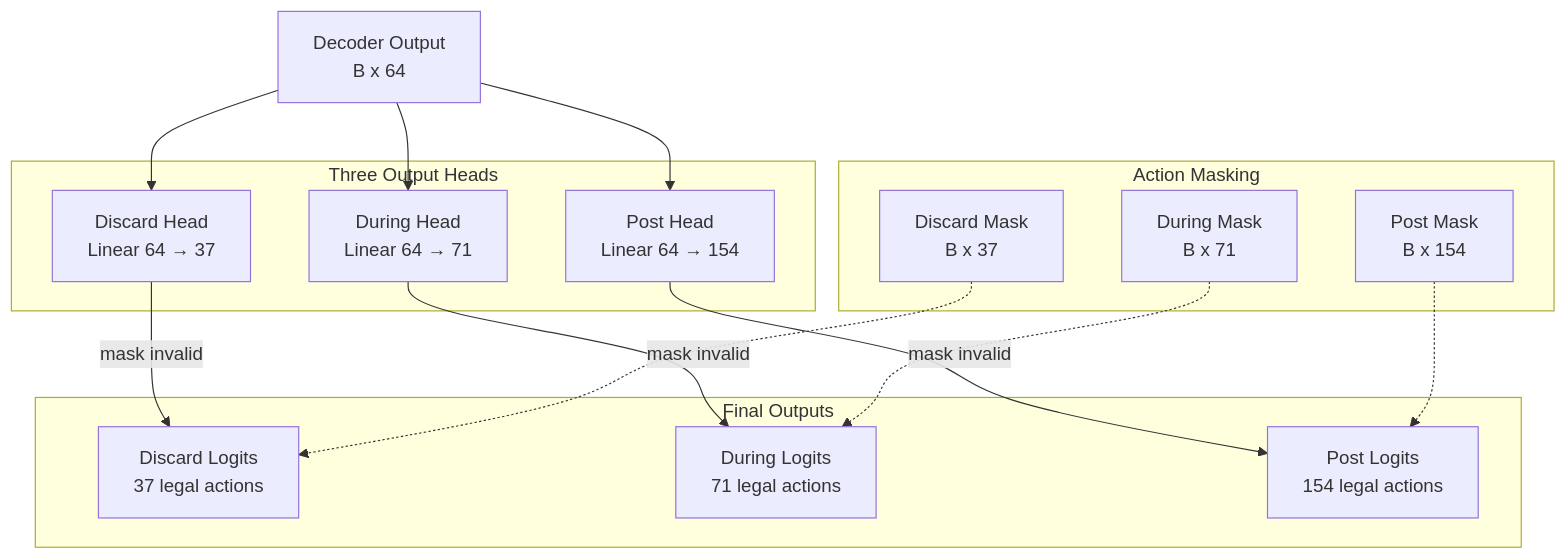
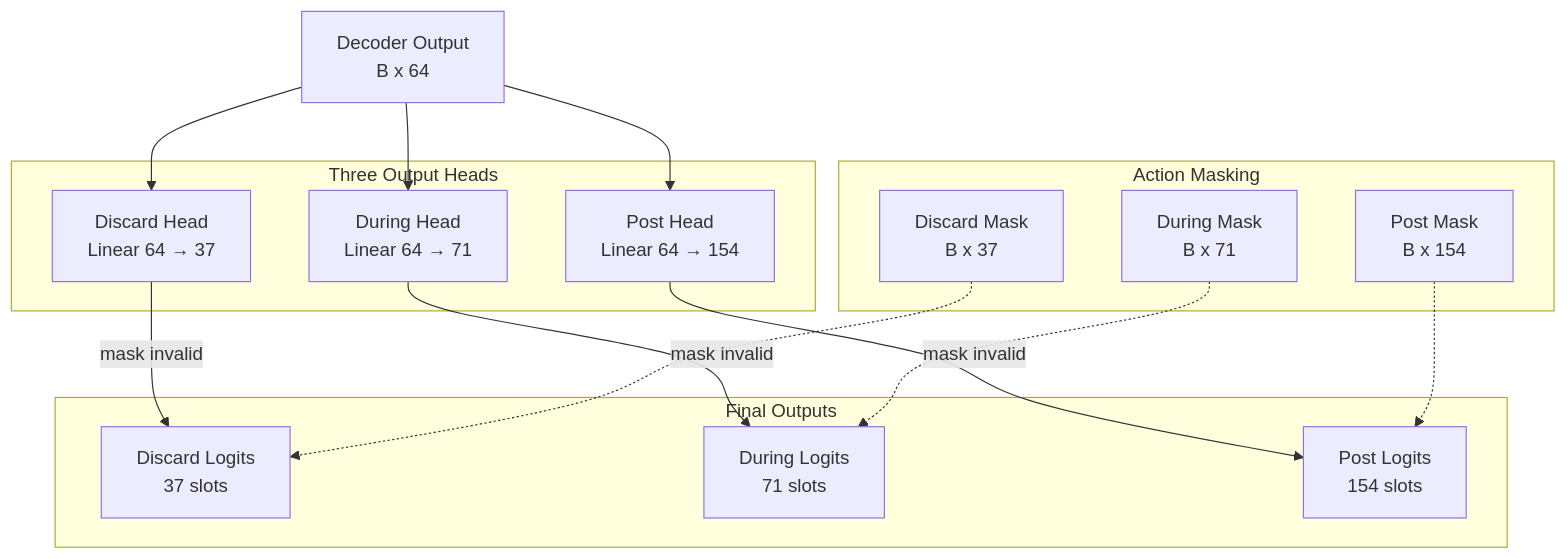
Before and after one commit to yshimizu20/MahjongAI: the sixth of 7 diagrams in MahjongAI/agents/archive/transformer_conv_architecture.md, drawn with Mermaid. The commit also changed other lines of this file and 1 other file, not shown here.

````diff
--- a/MahjongAI/agents/archive/transformer_conv_architecture.md
+++ b/MahjongAI/agents/archive/transformer_conv_architecture.md
@@ -493,34 +495,34 @@
 ```mermaid
 graph TB
     DecoderOutput[Decoder Output<br/>B x 64]
     
     subgraph OutputHeads [Three Output Heads]
         DiscardHead[Discard Head<br/>Linear 64 → 37]
         DuringHead[During Head<br/>Linear 64 → 71]
         PostHead[Post Head<br/>Linear 64 → 154]
     end
     
     subgraph ActionMasking [Action Masking]
         DiscardMask[Discard Mask<br/>B x 37]
         DuringMask[During Mask<br/>B x 71]
         PostMask[Post Mask<br/>B x 154]
     end
     
     subgraph Outputs [Final Outputs]
-        DiscardLogits[Discard Logits<br/>37 legal actions]
-        DuringLogits[During Logits<br/>71 legal actions]
-        PostLogits[Post Logits<br/>154 legal actions]
+        DiscardLogits[Discard Logits<br/>37 slots]
+        DuringLogits[During Logits<br/>71 slots]
+        PostLogits[Post Logits<br/>154 slots]
     end
     
     DecoderOutput --> DiscardHead
     DecoderOutput --> DuringHead
     DecoderOutput --> PostHead
     
     DiscardHead --> |mask invalid| DiscardLogits
     DuringHead --> |mask invalid| DuringLogits
     PostHead --> |mask invalid| PostLogits
     
     DiscardMask -.-> DiscardLogits
     DuringMask -.-> DuringLogits
     PostMask -.-> PostLogits
 ```
````
